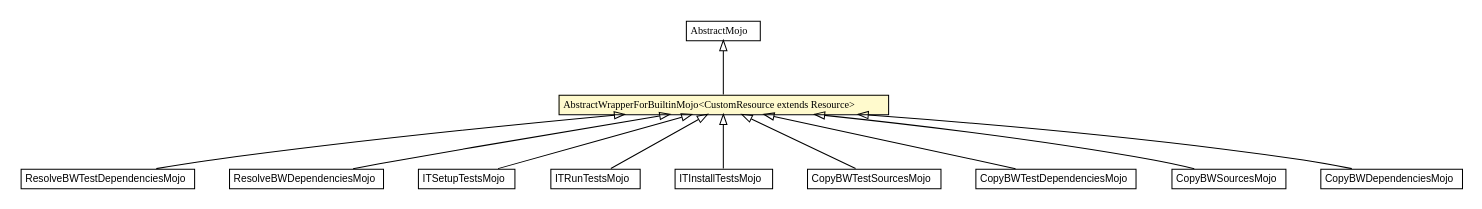
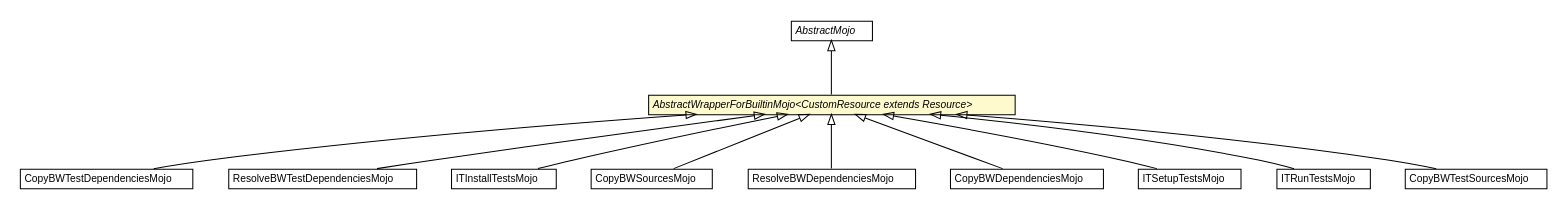
One commit to fastconnect/tibco-factory changed the diagram in snapshot/bw-maven-plugin/apidocs/fr/fastconnect/factory/tibco/bw/maven/builtin/AbstractWrapperForBuiltinMojo.dot. Above: the diagram before and after it, drawn with Graphviz. The commit also changed 380 other files, not shown here.

```diff
--- a/snapshot/bw-maven-plugin/apidocs/fr/fastconnect/factory/tibco/bw/maven/builtin/AbstractWrapperForBuiltinMojo.dot
+++ b/snapshot/bw-maven-plugin/apidocs/fr/fastconnect/factory/tibco/bw/maven/builtin/AbstractWrapperForBuiltinMojo.dot
@@ -5,94 +5,94 @@
 #
 
 digraph G {
-	edge [fontname="arial",fontsize=10,labelfontname="arial",labelfontsize=10];
-	node [fontname="arial",fontsize=10,shape=plaintext];
+	edge [fontname="Helvetica",fontsize=10,labelfontname="Helvetica",labelfontsize=10];
+	node [fontname="Helvetica",fontsize=10,shape=plaintext];
 	nodesep=0.25;
 	ranksep=0.5;
+	// fr.fastconnect.factory.tibco.bw.maven.builtin.CopyBWTestDependenciesMojo
+	c1270 [label=<<table title="fr.fastconnect.factory.tibco.bw.maven.builtin.CopyBWTestDependenciesMojo" border="0" cellborder="1" cellspacing="0" cellpadding="2" port="p" href="./CopyBWTestDependenciesMojo.html">
+		<tr><td><table border="0" cellspacing="0" cellpadding="1">
+<tr><td align="center" balign="center"> CopyBWTestDependenciesMojo </td></tr>
+		</table></td></tr>
+		</table>>, URL="./CopyBWTestDependenciesMojo.html", fontname="Helvetica", fontcolor="black", fontsize=10.0];
 	// fr.fastconnect.factory.tibco.bw.maven.builtin.ResolveBWTestDependenciesMojo
-	c1189 [label=<<table title="fr.fastconnect.factory.tibco.bw.maven.builtin.ResolveBWTestDependenciesMojo" border="0" cellborder="1" cellspacing="0" cellpadding="2" port="p" href="./ResolveBWTestDependenciesMojo.html">
+	c1271 [label=<<table title="fr.fastconnect.factory.tibco.bw.maven.builtin.ResolveBWTestDependenciesMojo" border="0" cellborder="1" cellspacing="0" cellpadding="2" port="p" href="./ResolveBWTestDependenciesMojo.html">
 		<tr><td><table border="0" cellspacing="0" cellpadding="1">
 <tr><td align="center" balign="center"> ResolveBWTestDependenciesMojo </td></tr>
 		</table></td></tr>
-		</table>>, URL="./ResolveBWTestDependenciesMojo.html", fontname="arial", fontcolor="black", fontsize=10.0];
+		</table>>, URL="./ResolveBWTestDependenciesMojo.html", fontname="Helvetica", fontcolor="black", fontsize=10.0];
+	// fr.fastconnect.factory.tibco.bw.maven.builtin.AbstractWrapperForBuiltinMojo<CustomResource extends org.apache.maven.model.Resource>
+	c1272 [label=<<table title="fr.fastconnect.factory.tibco.bw.maven.builtin.AbstractWrapperForBuiltinMojo" border="0" cellborder="1" cellspacing="0" cellpadding="2" port="p" bgcolor="lemonChiffon" href="./AbstractWrapperForBuiltinMojo.html">
+		<tr><td><table border="0" cellspacing="0" cellpadding="1">
+<tr><td align="center" balign="center"><font face="Helvetica-Oblique"> AbstractWrapperForBuiltinMojo&lt;CustomResource extends Resource&gt; </font></td></tr>
+		</table></td></tr>
+		</table>>, URL="./AbstractWrapperForBuiltinMojo.html", fontname="Helvetica", fontcolor="black", fontsize=10.0];
+	// fr.fastconnect.factory.tibco.bw.maven.builtin.ITInstallTestsMojo
+	c1273 [label=<<table title="fr.fastconnect.factory.tibco.bw.maven.builtin.ITInstallTestsMojo" border="0" cellborder="1" cellspacing="0" cellpadding="2" port="p" href="./ITInstallTestsMojo.html">
+		<tr><td><table border="0" cellspacing="0" cellpadding="1">
+<tr><td align="center" balign="center"> ITInstallTestsMojo </td></tr>
+		</table></td></tr>
+		</table>>, URL="./ITInstallTestsMojo.html", fontname="Helvetica", fontcolor="black", fontsize=10.0];
+	// fr.fastconnect.factory.tibco.bw.maven.builtin.CopyBWSourcesMojo
+	c1274 [label=<<table title="fr.fastconnect.factory.tibco.bw.maven.builtin.CopyBWSourcesMojo" border="0" cellborder="1" cellspacing="0" cellpadding="2" port="p" href="./CopyBWSourcesMojo.html">
+		<tr><td><table border="0" cellspacing="0" cellpadding="1">
+<tr><td align="center" balign="center"> CopyBWSourcesMojo </td></tr>
+		</table></td></tr>
+		</table>>, URL="./CopyBWSourcesMojo.html", fontname="Helvetica", fontcolor="black", fontsize=10.0];
 	// fr.fastconnect.factory.tibco.bw.maven.builtin.ResolveBWDependenciesMojo
-	c1190 [label=<<table title="fr.fastconnect.factory.tibco.bw.maven.builtin.ResolveBWDependenciesMojo" border="0" cellborder="1" cellspacing="0" cellpadding="2" port="p" href="./ResolveBWDependenciesMojo.html">
+	c1275 [label=<<table title="fr.fastconnect.factory.tibco.bw.maven.builtin.ResolveBWDependenciesMojo" border="0" cellborder="1" cellspacing="0" cellpadding="2" port="p" href="./ResolveBWDependenciesMojo.html">
 		<tr><td><table border="0" cellspacing="0" cellpadding="1">
 <tr><td align="center" balign="center"> ResolveBWDependenciesMojo </td></tr>
 		</table></td></tr>
-		</table>>, URL="./ResolveBWDependenciesMojo.html", fontname="arial", fontcolor="black", fontsize=10.0];
+		</table>>, URL="./ResolveBWDependenciesMojo.html", fontname="Helvetica", fontcolor="black", fontsize=10.0];
+	// fr.fastconnect.factory.tibco.bw.maven.builtin.CopyBWDependenciesMojo
+	c1276 [label=<<table title="fr.fastconnect.factory.tibco.bw.maven.builtin.CopyBWDependenciesMojo" border="0" cellborder="1" cellspacing="0" cellpadding="2" port="p" href="./CopyBWDependenciesMojo.html">
+		<tr><td><table border="0" cellspacing="0" cellpadding="1">
+<tr><td align="center" balign="center"> CopyBWDependenciesMojo </td></tr>
+		</table></td></tr>
+		</table>>, URL="./CopyBWDependenciesMojo.html", fontname="Helvetica", fontcolor="black", fontsize=10.0];
 	// fr.fastconnect.factory.tibco.bw.maven.builtin.ITSetupTestsMojo
-	c1191 [label=<<table title="fr.fastconnect.factory.tibco.bw.maven.builtin.ITSetupTestsMojo" border="0" cellborder="1" cellspacing="0" cellpadding="2" port="p" href="./ITSetupTestsMojo.html">
+	c1277 [label=<<table title="fr.fastconnect.factory.tibco.bw.maven.builtin.ITSetupTestsMojo" border="0" cellborder="1" cellspacing="0" cellpadding="2" port="p" href="./ITSetupTestsMojo.html">
 		<tr><td><table border="0" cellspacing="0" cellpadding="1">
 <tr><td align="center" balign="center"> ITSetupTestsMojo </td></tr>
 		</table></td></tr>
-		</table>>, URL="./ITSetupTestsMojo.html", fontname="arial", fontcolor="black", fontsize=10.0];
+		</table>>, URL="./ITSetupTestsMojo.html", fontname="Helvetica", fontcolor="black", fontsize=10.0];
 	// fr.fastconnect.factory.tibco.bw.maven.builtin.ITRunTestsMojo
-	c1192 [label=<<table title="fr.fastconnect.factory.tibco.bw.maven.builtin.ITRunTestsMojo" border="0" cellborder="1" cellspacing="0" cellpadding="2" port="p" href="./ITRunTestsMojo.html">
+	c1278 [label=<<table title="fr.fastconnect.factory.tibco.bw.maven.builtin.ITRunTestsMojo" border="0" cellborder="1" cellspacing="0" cellpadding="2" port="p" href="./ITRunTestsMojo.html">
 		<tr><td><table border="0" cellspacing="0" cellpadding="1">
 <tr><td align="center" balign="center"> ITRunTestsMojo </td></tr>
 		</table></td></tr>
-		</table>>, URL="./ITRunTestsMojo.html", fontname="arial", fontcolor="black", fontsize=10.0];
-	// fr.fastconnect.factory.tibco.bw.maven.builtin.ITInstallTestsMojo
-	c1193 [label=<<table title="fr.fastconnect.factory.tibco.bw.maven.builtin.ITInstallTestsMojo" border="0" cellborder="1" cellspacing="0" cellpadding="2" port="p" href="./ITInstallTestsMojo.html">
-		<tr><td><table border="0" cellspacing="0" cellpadding="1">
-<tr><td align="center" balign="center"> ITInstallTestsMojo </td></tr>
-		</table></td></tr>
-		</table>>, URL="./ITInstallTestsMojo.html", fontname="arial", fontcolor="black", fontsize=10.0];
+		</table>>, URL="./ITRunTestsMojo.html", fontname="Helvetica", fontcolor="black", fontsize=10.0];
 	// fr.fastconnect.factory.tibco.bw.maven.builtin.CopyBWTestSourcesMojo
-	c1194 [label=<<table title="fr.fastconnect.factory.tibco.bw.maven.builtin.CopyBWTestSourcesMojo" border="0" cellborder="1" cellspacing="0" cellpadding="2" port="p" href="./CopyBWTestSourcesMojo.html">
+	c1279 [label=<<table title="fr.fastconnect.factory.tibco.bw.maven.builtin.CopyBWTestSourcesMojo" border="0" cellborder="1" cellspacing="0" cellpadding="2" port="p" href="./CopyBWTestSourcesMojo.html">
 		<tr><td><table border="0" cellspacing="0" cellpadding="1">
 <tr><td align="center" balign="center"> CopyBWTestSourcesMojo </td></tr>
 		</table></td></tr>
-		</table>>, URL="./CopyBWTestSourcesMojo.html", fontname="arial", fontcolor="black", fontsize=10.0];
-	// fr.fastconnect.factory.tibco.bw.maven.builtin.CopyBWTestDependenciesMojo
-	c1195 [label=<<table title="fr.fastconnect.factory.tibco.bw.maven.builtin.CopyBWTestDependenciesMojo" border="0" cellborder="1" cellspacing="0" cellpadding="2" port="p" href="./CopyBWTestDependenciesMojo.html">
+		</table>>, URL="./CopyBWTestSourcesMojo.html", fontname="Helvetica", fontcolor="black", fontsize=10.0];
+	//fr.fastconnect.factory.tibco.bw.maven.builtin.CopyBWTestDependenciesMojo extends fr.fastconnect.factory.tibco.bw.maven.builtin.AbstractWrapperForBuiltinMojo<org.apache.maven.model.Resource>
+	c1272:p -> c1270:p [dir=back,arrowtail=empty];
+	//fr.fastconnect.factory.tibco.bw.maven.builtin.ResolveBWTestDependenciesMojo extends fr.fastconnect.factory.tibco.bw.maven.builtin.AbstractWrapperForBuiltinMojo<org.apache.maven.model.Resource>
+	c1272:p -> c1271:p [dir=back,arrowtail=empty];
+	//fr.fastconnect.factory.tibco.bw.maven.builtin.AbstractWrapperForBuiltinMojo<CustomResource extends org.apache.maven.model.Resource> extends org.apache.maven.plugin.AbstractMojo
+	c1288:p -> c1272:p [dir=back,arrowtail=empty];
+	//fr.fastconnect.factory.tibco.bw.maven.builtin.ITInstallTestsMojo extends fr.fastconnect.factory.tibco.bw.maven.builtin.AbstractWrapperForBuiltinMojo<org.apache.maven.model.Resource>
+	c1272:p -> c1273:p [dir=back,arrowtail=empty];
+	//fr.fastconnect.factory.tibco.bw.maven.builtin.CopyBWSourcesMojo extends fr.fastconnect.factory.tibco.bw.maven.builtin.AbstractWrapperForBuiltinMojo<org.apache.maven.model.Resource>
+	c1272:p -> c1274:p [dir=back,arrowtail=empty];
+	//fr.fastconnect.factory.tibco.bw.maven.builtin.ResolveBWDependenciesMojo extends fr.fastconnect.factory.tibco.bw.maven.builtin.AbstractWrapperForBuiltinMojo<org.apache.maven.model.Resource>
+	c1272:p -> c1275:p [dir=back,arrowtail=empty];
+	//fr.fastconnect.factory.tibco.bw.maven.builtin.CopyBWDependenciesMojo extends fr.fastconnect.factory.tibco.bw.maven.builtin.AbstractWrapperForBuiltinMojo<org.apache.maven.model.Resource>
+	c1272:p -> c1276:p [dir=back,arrowtail=empty];
+	//fr.fastconnect.factory.tibco.bw.maven.builtin.ITSetupTestsMojo extends fr.fastconnect.factory.tibco.bw.maven.builtin.AbstractWrapperForBuiltinMojo<org.apache.maven.model.Resource>
+	c1272:p -> c1277:p [dir=back,arrowtail=empty];
+	//fr.fastconnect.factory.tibco.bw.maven.builtin.ITRunTestsMojo extends fr.fastconnect.factory.tibco.bw.maven.builtin.AbstractWrapperForBuiltinMojo<org.apache.maven.model.Resource>
+	c1272:p -> c1278:p [dir=back,arrowtail=empty];
+	//fr.fastconnect.factory.tibco.bw.maven.builtin.CopyBWTestSourcesMojo extends fr.fastconnect.factory.tibco.bw.maven.builtin.AbstractWrapperForBuiltinMojo<org.apache.maven.model.Resource>
+	c1272:p -> c1279:p [dir=back,arrowtail=empty];
+	// org.apache.maven.plugin.AbstractMojo
+	c1288 [label=<<table title="org.apache.maven.plugin.AbstractMojo" border="0" cellborder="1" cellspacing="0" cellpadding="2" port="p" href="http://java.sun.com/j2se/1.4.2/docs/api/org/apache/maven/plugin/AbstractMojo.html">
 		<tr><td><table border="0" cellspacing="0" cellpadding="1">
-<tr><td align="center" balign="center"> CopyBWTestDependenciesMojo </td></tr>
+<tr><td align="center" balign="center"><font face="Helvetica-Oblique"> AbstractMojo </font></td></tr>
 		</table></td></tr>
-		</table>>, URL="./CopyBWTestDependenciesMojo.html", fontname="arial", fontcolor="black", fontsize=10.0];
-	// fr.fastconnect.factory.tibco.bw.maven.builtin.CopyBWSourcesMojo
-	c1196 [label=<<table title="fr.fastconnect.factory.tibco.bw.maven.builtin.CopyBWSourcesMojo" border="0" cellborder="1" cellspacing="0" cellpadding="2" port="p" href="./CopyBWSourcesMojo.html">
-		<tr><td><table border="0" cellspacing="0" cellpadding="1">
-<tr><td align="center" balign="center"> CopyBWSourcesMojo </td></tr>
-		</table></td></tr>
-		</table>>, URL="./CopyBWSourcesMojo.html", fontname="arial", fontcolor="black", fontsize=10.0];
-	// fr.fastconnect.factory.tibco.bw.maven.builtin.CopyBWDependenciesMojo
-	c1197 [label=<<table title="fr.fastconnect.factory.tibco.bw.maven.builtin.CopyBWDependenciesMojo" border="0" cellborder="1" cellspacing="0" cellpadding="2" port="p" href="./CopyBWDependenciesMojo.html">
-		<tr><td><table border="0" cellspacing="0" cellpadding="1">
-<tr><td align="center" balign="center"> CopyBWDependenciesMojo </td></tr>
-		</table></td></tr>
-		</table>>, URL="./CopyBWDependenciesMojo.html", fontname="arial", fontcolor="black", fontsize=10.0];
-	// fr.fastconnect.factory.tibco.bw.maven.builtin.AbstractWrapperForBuiltinMojo<CustomResource extends org.apache.maven.model.Resource>
-	c1198 [label=<<table title="fr.fastconnect.factory.tibco.bw.maven.builtin.AbstractWrapperForBuiltinMojo" border="0" cellborder="1" cellspacing="0" cellpadding="2" port="p" bgcolor="lemonChiffon" href="./AbstractWrapperForBuiltinMojo.html">
-		<tr><td><table border="0" cellspacing="0" cellpadding="1">
-<tr><td align="center" balign="center"><font face="arial italic"> AbstractWrapperForBuiltinMojo&lt;CustomResource extends Resource&gt; </font></td></tr>
-		</table></td></tr>
-		</table>>, URL="./AbstractWrapperForBuiltinMojo.html", fontname="arial", fontcolor="black", fontsize=10.0];
-	//fr.fastconnect.factory.tibco.bw.maven.builtin.ResolveBWTestDependenciesMojo extends fr.fastconnect.factory.tibco.bw.maven.builtin.AbstractWrapperForBuiltinMojo<org.apache.maven.model.Resource>
-	c1198:p -> c1189:p [dir=back,arrowtail=empty];
-	//fr.fastconnect.factory.tibco.bw.maven.builtin.ResolveBWDependenciesMojo extends fr.fastconnect.factory.tibco.bw.maven.builtin.AbstractWrapperForBuiltinMojo<org.apache.maven.model.Resource>
-	c1198:p -> c1190:p [dir=back,arrowtail=empty];
-	//fr.fastconnect.factory.tibco.bw.maven.builtin.ITSetupTestsMojo extends fr.fastconnect.factory.tibco.bw.maven.builtin.AbstractWrapperForBuiltinMojo<org.apache.maven.model.Resource>
-	c1198:p -> c1191:p [dir=back,arrowtail=empty];
-	//fr.fastconnect.factory.tibco.bw.maven.builtin.ITRunTestsMojo extends fr.fastconnect.factory.tibco.bw.maven.builtin.AbstractWrapperForBuiltinMojo<org.apache.maven.model.Resource>
-	c1198:p -> c1192:p [dir=back,arrowtail=empty];
-	//fr.fastconnect.factory.tibco.bw.maven.builtin.ITInstallTestsMojo extends fr.fastconnect.factory.tibco.bw.maven.builtin.AbstractWrapperForBuiltinMojo<org.apache.maven.model.Resource>
-	c1198:p -> c1193:p [dir=back,arrowtail=empty];
-	//fr.fastconnect.factory.tibco.bw.maven.builtin.CopyBWTestSourcesMojo extends fr.fastconnect.factory.tibco.bw.maven.builtin.AbstractWrapperForBuiltinMojo<org.apache.maven.model.Resource>
-	c1198:p -> c1194:p [dir=back,arrowtail=empty];
-	//fr.fastconnect.factory.tibco.bw.maven.builtin.CopyBWTestDependenciesMojo extends fr.fastconnect.factory.tibco.bw.maven.builtin.AbstractWrapperForBuiltinMojo<org.apache.maven.model.Resource>
-	c1198:p -> c1195:p [dir=back,arrowtail=empty];
-	//fr.fastconnect.factory.tibco.bw.maven.builtin.CopyBWSourcesMojo extends fr.fastconnect.factory.tibco.bw.maven.builtin.AbstractWrapperForBuiltinMojo<org.apache.maven.model.Resource>
-	c1198:p -> c1196:p [dir=back,arrowtail=empty];
-	//fr.fastconnect.factory.tibco.bw.maven.builtin.CopyBWDependenciesMojo extends fr.fastconnect.factory.tibco.bw.maven.builtin.AbstractWrapperForBuiltinMojo<org.apache.maven.model.Resource>
-	c1198:p -> c1197:p [dir=back,arrowtail=empty];
-	//fr.fastconnect.factory.tibco.bw.maven.builtin.AbstractWrapperForBuiltinMojo<CustomResource extends org.apache.maven.model.Resource> extends org.apache.maven.plugin.AbstractMojo
-	c1245:p -> c1198:p [dir=back,arrowtail=empty];
-	// org.apache.maven.plugin.AbstractMojo
-	c1245 [label=<<table title="org.apache.maven.plugin.AbstractMojo" border="0" cellborder="1" cellspacing="0" cellpadding="2" port="p" href="http://java.sun.com/j2se/1.4.2/docs/api/org/apache/maven/plugin/AbstractMojo.html">
-		<tr><td><table border="0" cellspacing="0" cellpadding="1">
-<tr><td align="center" balign="center"><font face="arial italic"> AbstractMojo </font></td></tr>
-		</table></td></tr>
-		</table>>, URL="http://java.sun.com/j2se/1.4.2/docs/api/org/apache/maven/plugin/AbstractMojo.html", fontname="arial", fontcolor="black", fontsize=10.0];
+		</table>>, URL="http://java.sun.com/j2se/1.4.2/docs/api/org/apache/maven/plugin/AbstractMojo.html", fontname="Helvetica", fontcolor="black", fontsize=10.0];
 }
```
